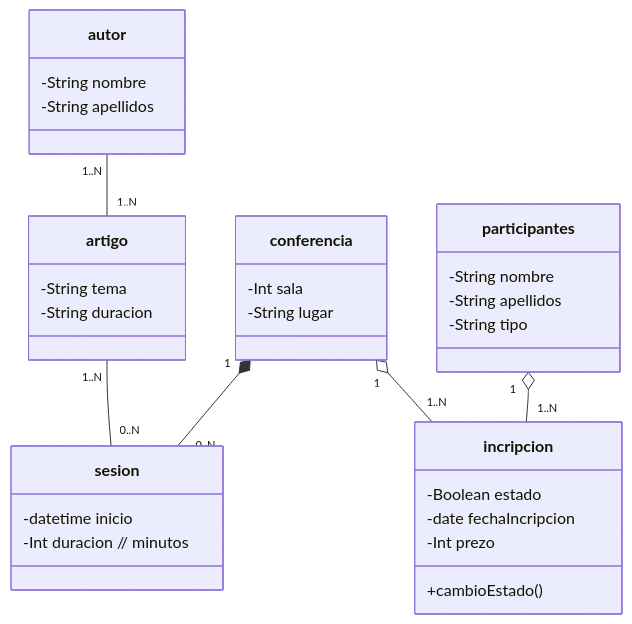
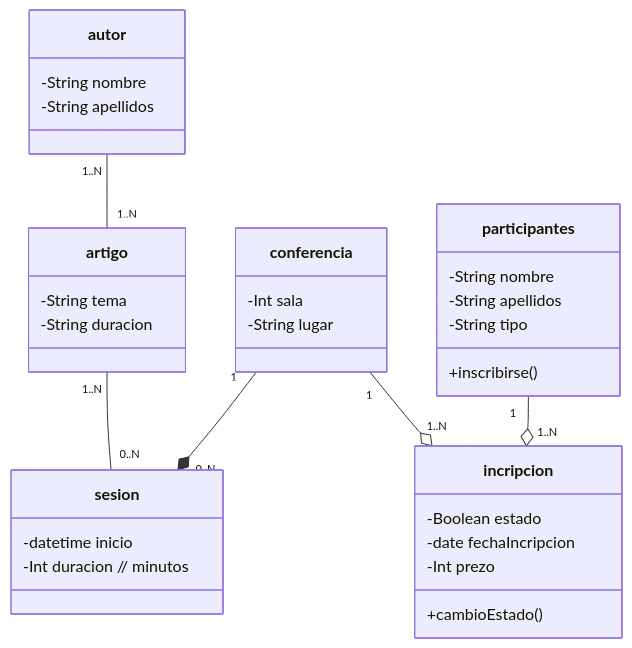
Before and after one commit to a19albertons/3.3_cd: the diagram in proceso.md, drawn with Mermaid. The commit also changed 1 other file, not shown here.

Commit message:
Modificamos la orientación de la composición y adaptamos el esquema de mermaid

````diff
--- a/proceso.md
+++ b/proceso.md
@@ -53,33 +53,36 @@
 ```mermaid
 classDiagram
 class conferencia
 conferencia : -Int sala
 conferencia : -String lugar
 class sesion
 sesion : -datetime inicio
 sesion : -Int duracion // minutos
 class participantes
 participantes : -String nombre
 participantes : -String apellidos
 %% orador-publico
 participantes : -String tipo
+participantes : +inscribirse()
 class artigo
 artigo : -String tema
 %% curto-longo
 artigo : -String duracion
 class autor
 autor : -String nombre
 autor : -String apellidos
 class incripcion
 %% confirmado-cancelado
 incripcion : -Boolean estado
 incripcion : -date fechaIncripcion
 incripcion : -Int prezo
 incripcion : +cambioEstado()
 
-conferencia "1" *-- "0..N" sesion
-participantes "1" o-- "1..N"incripcion
-conferencia "1" o-- "1..N" incripcion
+conferencia "1" --* "0..N" sesion
+participantes "1" --o "1..N"incripcion
+conferencia "1" --o "1..N" incripcion
 artigo "1..N" -- "0..N" sesion
 autor "1..N" -- "1..N" artigo
+
+
 ```
````
